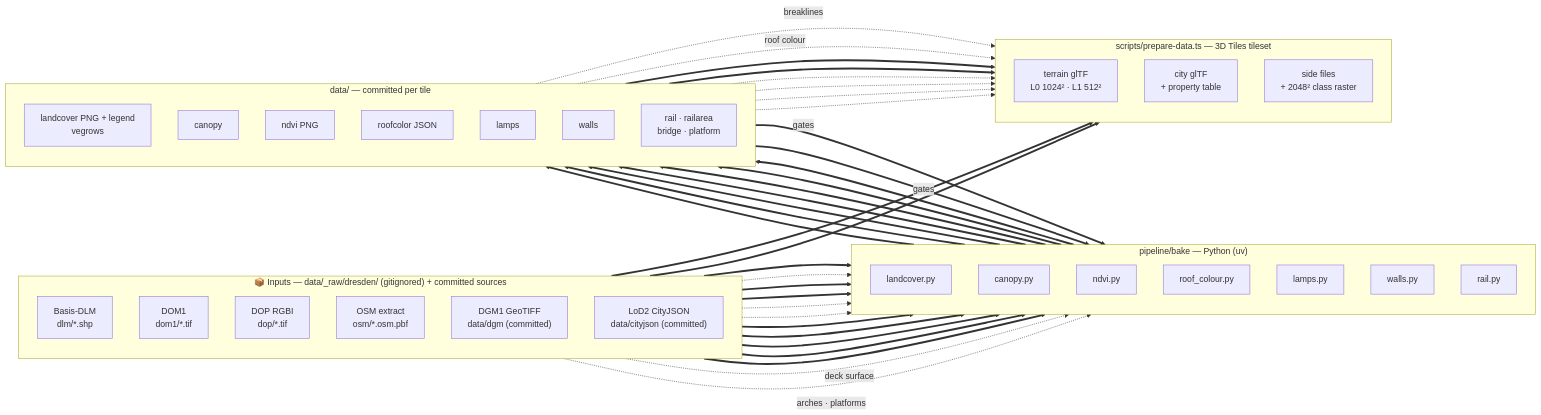
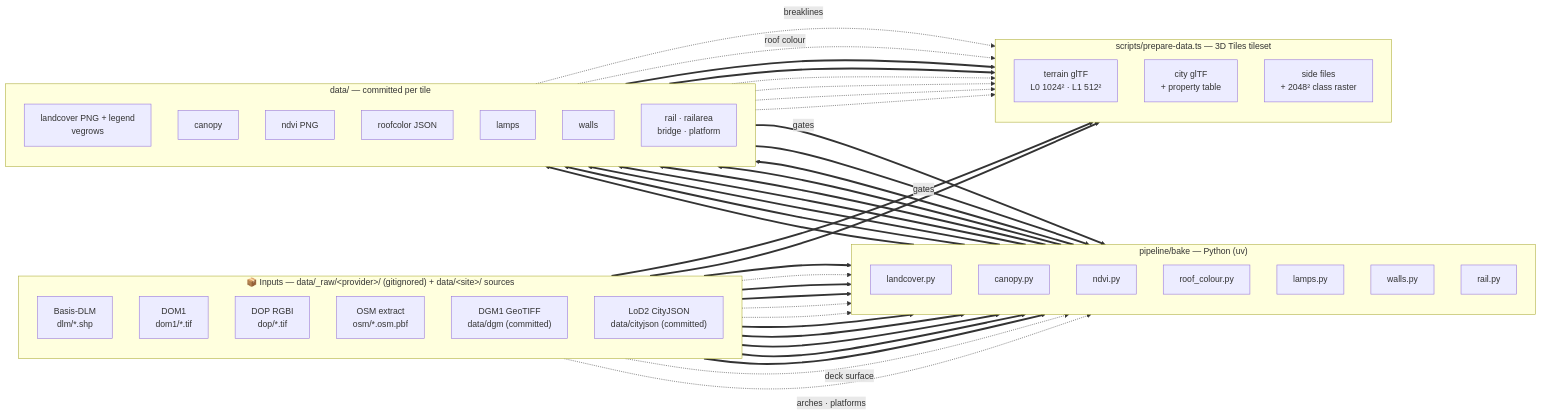
One commit to mdugue/bridge changed the second of 2 diagrams in docs/data-flow.md. Above: the diagram before and after it, drawn with Mermaid. The commit also changed other lines of this file and 19 other files, not shown here.

First line of the commit message:
docs: sites, providers and the fetch → bake → build flow (ADR 0028, plan 023)

````diff
--- a/docs/data-flow.md
+++ b/docs/data-flow.md
@@ -147,71 +147,71 @@
 ```mermaid
 flowchart LR
-  subgraph IN["📦 Inputs — data/_raw/dresden/ (gitignored) + committed sources"]
+  subgraph IN["📦 Inputs — data/_raw/&lt;provider&gt;/ (gitignored) + data/&lt;site&gt;/ sources"]
     direction TB
     iDLM["Basis-DLM<br/>dlm/*.shp"]
     iDOM["DOM1<br/>dom1/*.tif"]
     iDOP["DOP RGBI<br/>dop/*.tif"]
     iOSM["OSM extract<br/>osm/*.osm.pbf"]
     iDGM["DGM1 GeoTIFF<br/>data/dgm (committed)"]
     iCJ["LoD2 CityJSON<br/>data/cityjson (committed)"]
   end
 
   subgraph PY["pipeline/bake — Python (uv)"]
     direction TB
     bLC["landcover.py"]
     bCAN["canopy.py"]
     bNDVI["ndvi.py"]
     bROOF["roof_colour.py"]
     bLAMP["lamps.py"]
     bWALL["walls.py"]
     bRAIL["rail.py"]
   end
 
   subgraph DATA["data/ — committed per tile"]
     direction TB
     dCLS["landcover PNG + legend<br/>vegrows"]
     dCAN["canopy"]
     dNDVI["ndvi PNG"]
     dROOF["roofcolor JSON"]
     dLAMP["lamps"]
     dWALL["walls"]
     dRAIL["rail · railarea<br/>bridge · platform"]
   end
 
   subgraph TS["scripts/prepare-data.ts — 3D Tiles tileset"]
     direction TB
     tTER["terrain glTF<br/>L0 1024² · L1 512²"]
     tCITY["city glTF<br/>+ property table"]
     tSIDE["side files<br/>+ 2048² class raster"]
   end
 
   iDLM ==> bLC ==> dCLS
   iDOM -.-> bCAN
   iDGM ==> bCAN
   iDLM ==> bCAN
   dCLS ==>|gates| bCAN
   bCAN ==> dCAN
   iDOP -.-> bNDVI ==> dNDVI
   iDOP -.-> bROOF
   iCJ ==> bROOF ==> dROOF
   iOSM ==> bLAMP
   dCLS ==>|gates| bLAMP
   bLAMP ==> dLAMP
   iOSM ==> bWALL ==> dWALL
   iDLM ==> bRAIL
   iDGM ==> bRAIL
   iDOM -. "deck surface" .-> bRAIL
   iOSM -. "arches · platforms" .-> bRAIL
   bRAIL ==> dRAIL
 
   iDGM ==> tTER
   dWALL -. breaklines .-> tTER
   iCJ ==> tCITY
   dROOF -. "roof colour" .-> tCITY
   dCLS ==> tSIDE
   dCAN ==> tSIDE
   dNDVI -.-> tSIDE
   dLAMP -.-> tSIDE
   dWALL -.-> tSIDE
   dRAIL -.-> tSIDE
 ```
````
